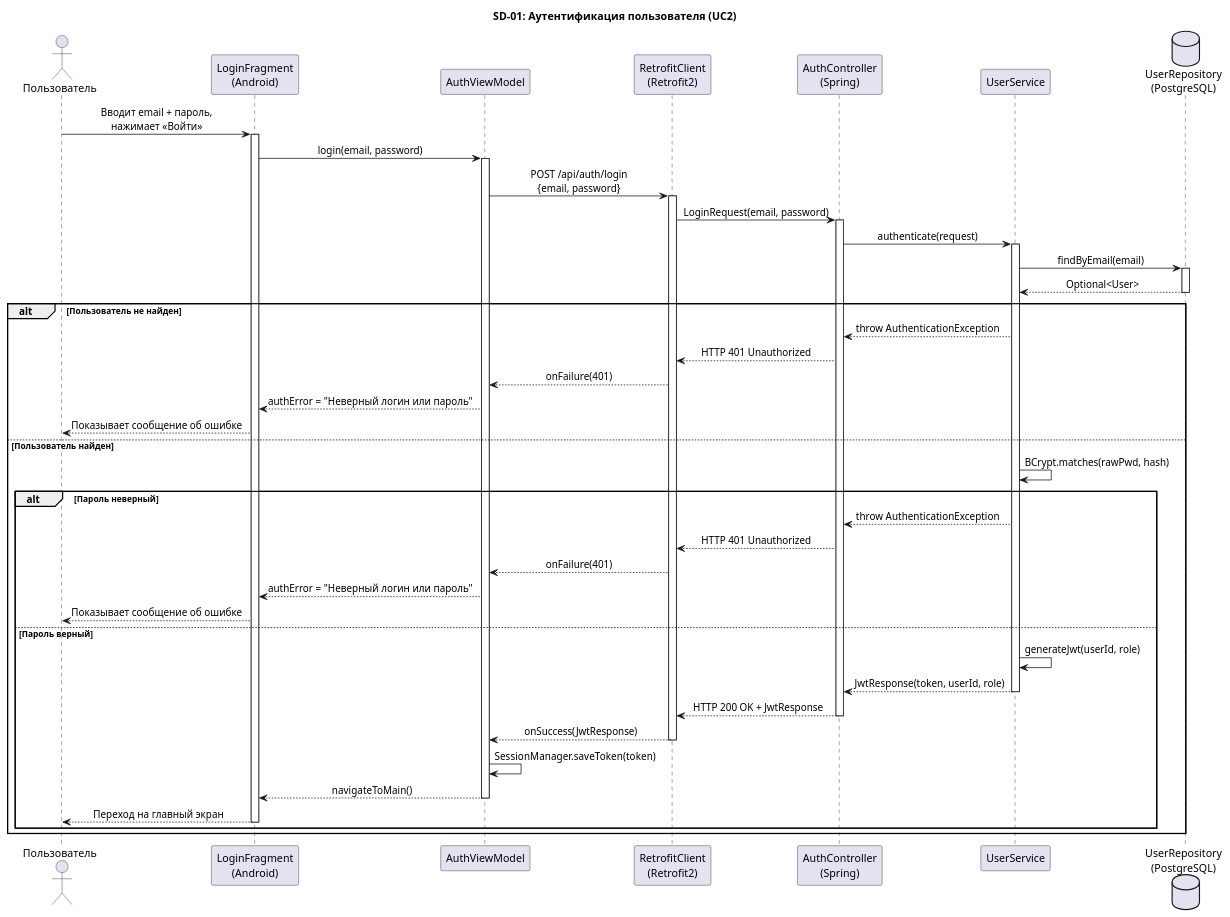
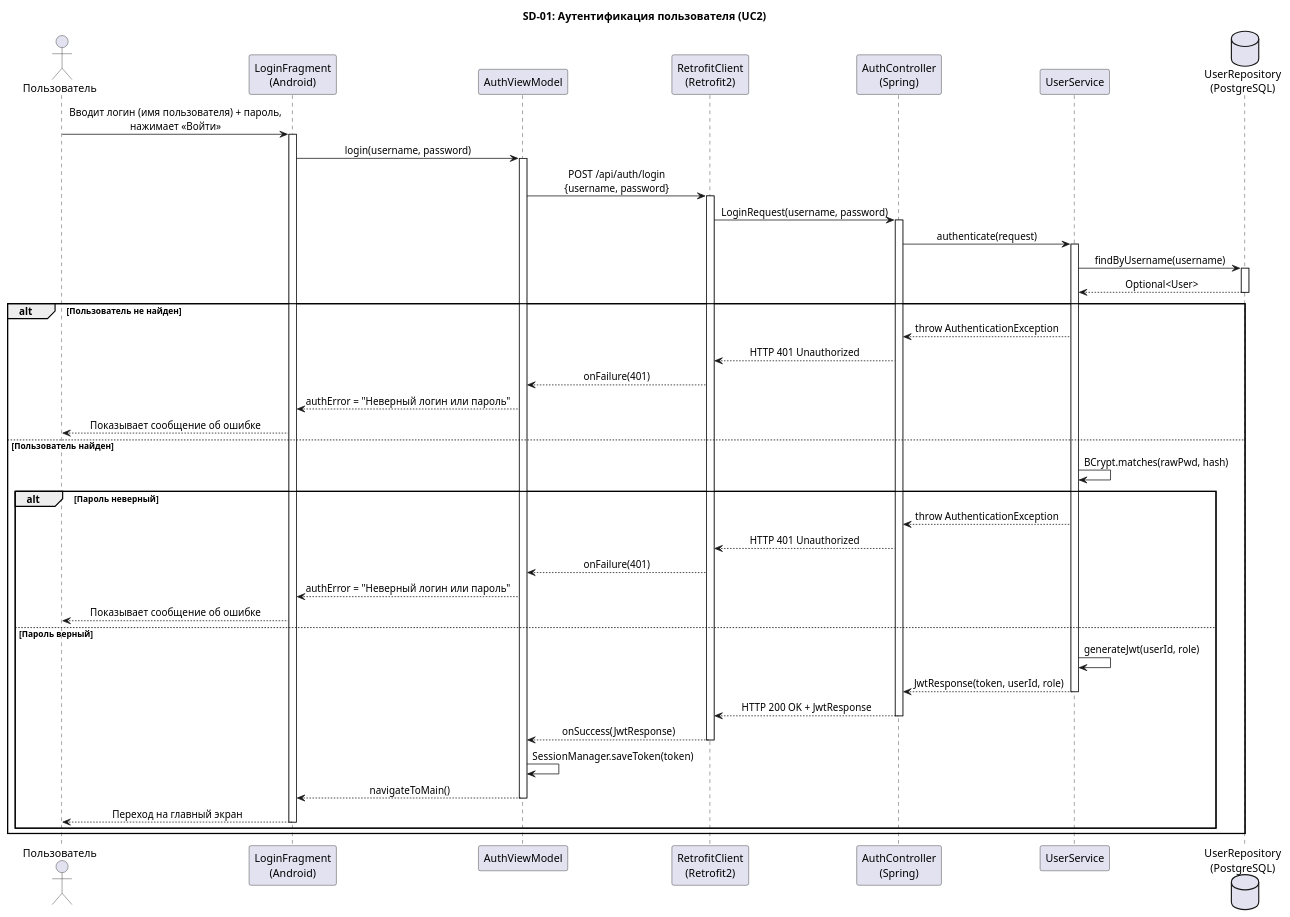
The first of 4 diagrams in 05-detailed-design/sequence-diagrams.md (LevontiyVeliki/course-project), drawn with PlantUML before and after one commit. The commit also changed other lines of this file and 5 other files, not shown here.

````diff
--- a/05-detailed-design/sequence-diagrams.md
+++ b/05-detailed-design/sequence-diagrams.md
@@ -13,71 +13,71 @@
 ```plantuml
 @startuml SD-01-Authentication
 title SD-01: Аутентификация пользователя (UC2)
 
 skinparam sequenceMessageAlign center
 skinparam responseMessageBelowArrow true
 
 actor "Пользователь" as User
 participant "LoginFragment\n(Android)" as LF
 participant "AuthViewModel" as AVM
 participant "RetrofitClient\n(Retrofit2)" as RC
 participant "AuthController\n(Spring)" as AC
 participant "UserService" as US
 database "UserRepository\n(PostgreSQL)" as UR
 
-User -> LF : Вводит email + пароль,\nнажимает «Войти»
+User -> LF : Вводит логин (имя пользователя) + пароль,\nнажимает «Войти»
 activate LF
 
-LF -> AVM : login(email, password)
+LF -> AVM : login(username, password)
 activate AVM
 
-AVM -> RC : POST /api/auth/login\n{email, password}
+AVM -> RC : POST /api/auth/login\n{username, password}
 activate RC
 
-RC -> AC : LoginRequest(email, password)
+RC -> AC : LoginRequest(username, password)
 activate AC
 
 AC -> US : authenticate(request)
 activate US
 
-US -> UR : findByEmail(email)
+US -> UR : findByUsername(username)
 activate UR
 UR --> US : Optional<User>
 deactivate UR
 
 alt Пользователь не найден
     US --> AC : throw AuthenticationException
     AC --> RC : HTTP 401 Unauthorized
     RC --> AVM : onFailure(401)
     AVM --> LF : authError = "Неверный логин или пароль"
     LF --> User : Показывает сообщение об ошибке
 else Пользователь найден
     US -> US : BCrypt.matches(rawPwd, hash)
     alt Пароль неверный
         US --> AC : throw AuthenticationException
         AC --> RC : HTTP 401 Unauthorized
         RC --> AVM : onFailure(401)
         AVM --> LF : authError = "Неверный логин или пароль"
         LF --> User : Показывает сообщение об ошибке
     else Пароль верный
         US -> US : generateJwt(userId, role)
         US --> AC : JwtResponse(token, userId, role)
         deactivate US
 
         AC --> RC : HTTP 200 OK + JwtResponse
         deactivate AC
 
         RC --> AVM : onSuccess(JwtResponse)
         deactivate RC
 
         AVM -> AVM : SessionManager.saveToken(token)
         AVM --> LF : navigateToMain()
         deactivate AVM
 
         LF --> User : Переход на главный экран
         deactivate LF
     end
 end
 
 @enduml
 ```
````
